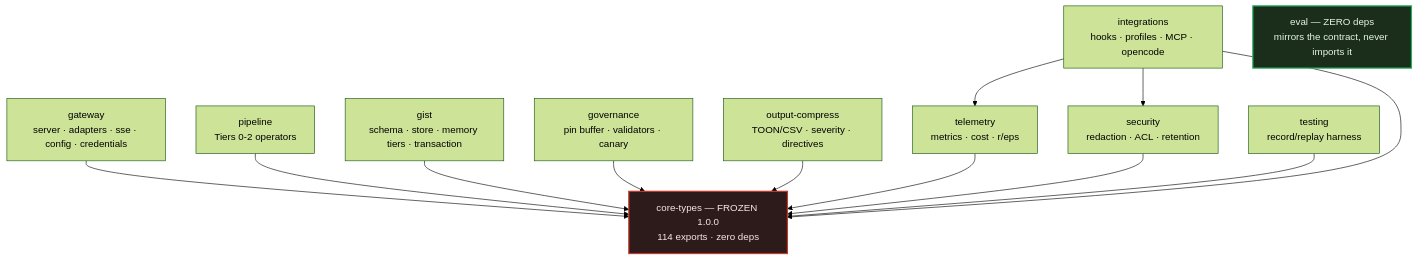
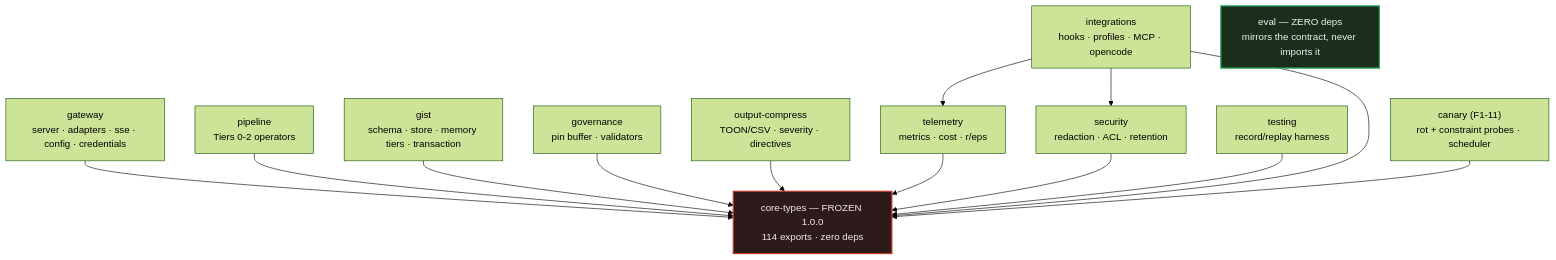
Before and after one commit to VinodAtwal/strata-ctx: the first of 3 diagrams in AGENTS.md, drawn with Mermaid (forest theme). The commit also changed other lines of this file, not shown here.

````diff
--- a/AGENTS.md
+++ b/AGENTS.md
@@ -284,33 +323,35 @@
 ```mermaid
 graph TD
   CT["core-types — FROZEN 1.0.0<br/>114 exports · zero deps"]
 
   GW["gateway<br/>server · adapters · sse · config · credentials"]
   PL["pipeline<br/>Tiers 0-2 operators"]
   GI["gist<br/>schema · store · memory tiers · transaction"]
-  GV["governance<br/>pin buffer · validators · canary"]
+  GV["governance<br/>pin buffer · validators"]
   OC["output-compress<br/>TOON/CSV · severity · directives"]
   TL["telemetry<br/>metrics · cost · r/eps"]
   SE["security<br/>redaction · ACL · retention"]
   TE["testing<br/>record/replay harness"]
 
   IN["integrations<br/>hooks · profiles · MCP · opencode"]
   EV["eval — ZERO deps<br/>mirrors the contract, never imports it"]
+  CN["canary (F1-11)<br/>rot + constraint probes · scheduler"]
 
   GW --> CT
   PL --> CT
   GI --> CT
   GV --> CT
   OC --> CT
   TL --> CT
   SE --> CT
   TE --> CT
   IN --> CT
   IN --> SE
   IN --> TL
+  CN --> CT
 
   classDef frozen fill:#2d1b1b,stroke:#c0392b,stroke-width:2px,color:#f5e6e6
   classDef nodeps fill:#1b2d1b,stroke:#27ae60,stroke-width:2px,color:#e6f5e9
   class CT frozen
   class EV nodeps
 ```
````
